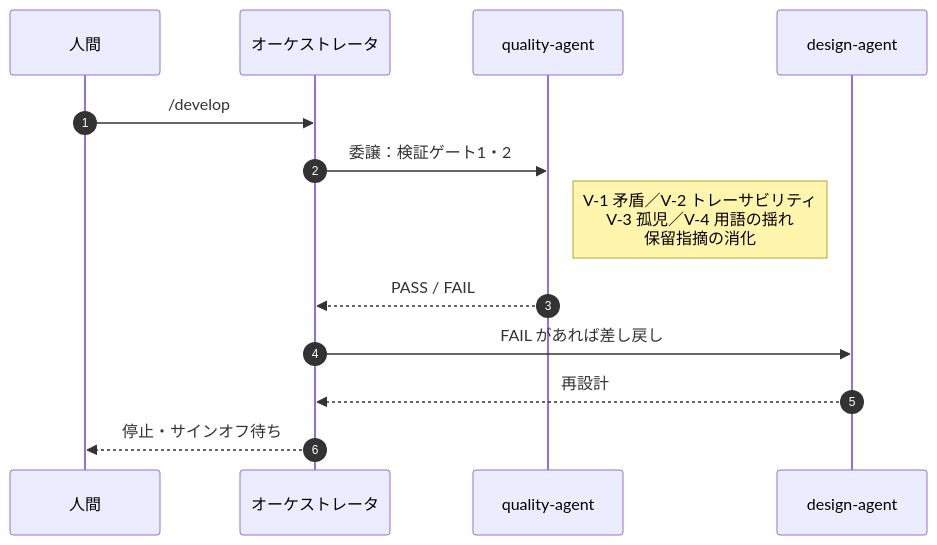
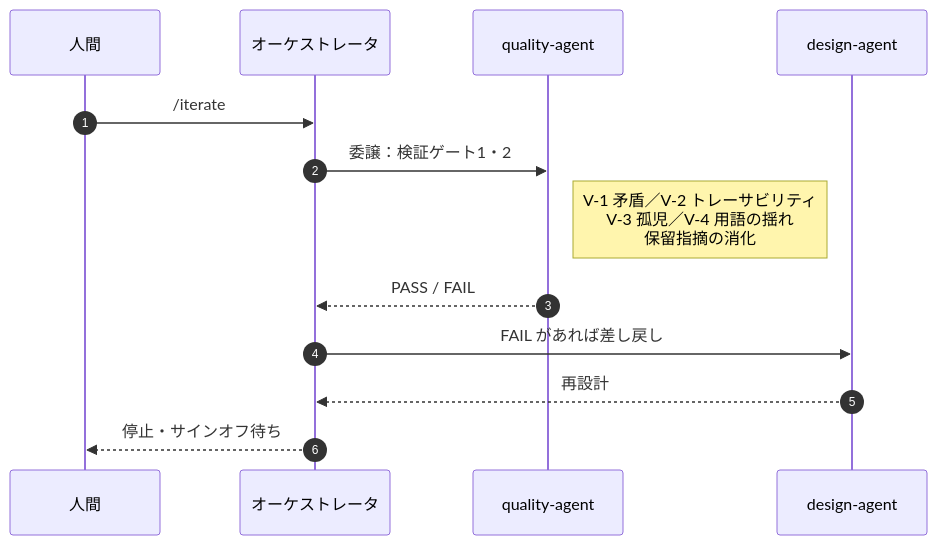
One commit to daichi-kubokawa/prototyping-agents changed the fourth of 4 diagrams in WORKFLOW.md. Above: the diagram before and after it, drawn with Mermaid. The commit also changed other lines of this file and 17 other files, not shown here.

Commit message:
v1.5 Split /develop into /iterate and /build, add project picker

````diff
--- a/WORKFLOW.md
+++ b/WORKFLOW.md
@@ -150,16 +150,16 @@
 ```mermaid
 sequenceDiagram
     autonumber
     participant U as 人間
     participant O as オーケストレータ
     participant Q as quality-agent
     participant D as design-agent
 
-    U->>O: /develop
+    U->>O: /iterate
     O->>Q: 委譲：検証ゲート1・2
     Note right of Q: V-1 矛盾／V-2 トレーサビリティ<br/>V-3 孤児／V-4 用語の揺れ<br/>保留指摘の消化
     Q-->>O: PASS / FAIL
     O->>D: FAIL があれば差し戻し
     D-->>O: 再設計
     O-->>U: 停止・サインオフ待ち
 ```
````
